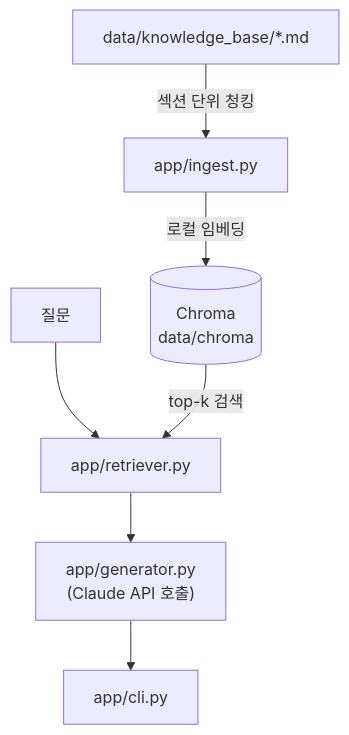
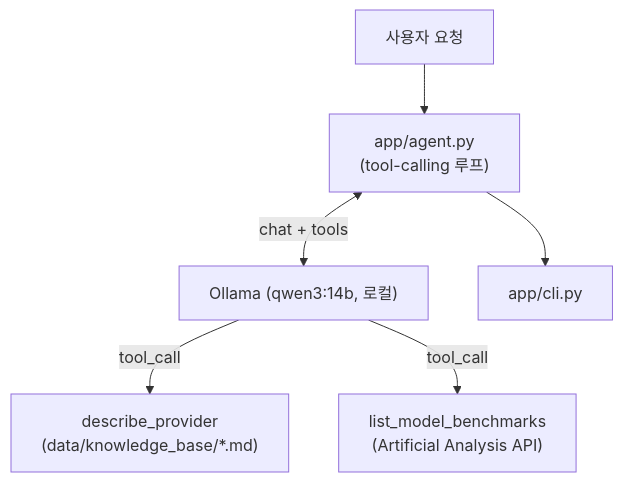
Before and after one commit to agent-practice/agent_practice_vien: the diagram in README.md, drawn with Mermaid. The commit also changed other lines of this file and 28 other files, not shown here.

First line of the commit message:
♻️ refactor: RAG(Chroma+Claude API) → 벤치마크 조회 agent(Ollama+Qwen)로 전환

````diff
--- a/README.md
+++ b/README.md
@@ -17,9 +18,8 @@
 ```mermaid
 flowchart TD
-    KB["data/knowledge_base/*.md"] -->|섹션 단위 청킹| ING["app/ingest.py"]
-    ING -->|로컬 임베딩| CHR[("Chroma\ndata/chroma")]
-    Q["질문"] --> RET["app/retriever.py"]
-    CHR -->|top-k 검색| RET
-    RET --> GEN["app/generator.py\n(Claude API 호출)"]
-    GEN --> CLI["app/cli.py"]
+    U["사용자 요청"] --> AG["app/agent.py\n(tool-calling 루프)"]
+    AG <-->|"chat + tools"| OL["Ollama (qwen3:14b, 로컬)"]
+    OL -->|tool_call| DP["describe_provider\n(data/knowledge_base/*.md)"]
+    OL -->|tool_call| LB["list_model_benchmarks\n(Artificial Analysis API)"]
+    AG --> CLI["app/cli.py"]
 ```
````
